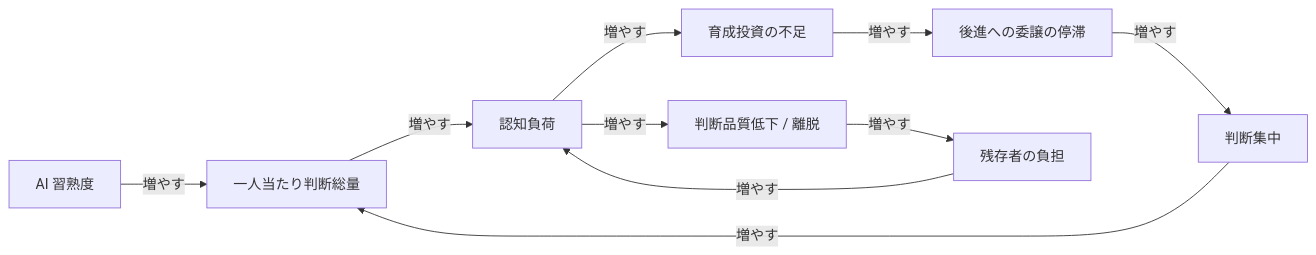
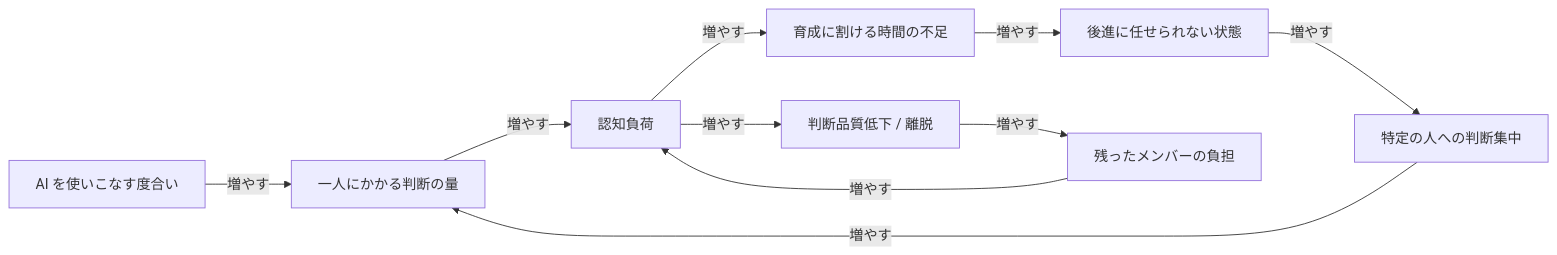
Before and after one commit to iwasa-kosui/monorepo: the eighth of 10 diagrams in apps/kosui-me/src/content/posts/2026-04-29-knowledge-entropy-and-normative-layer.mdx, drawn with Mermaid. The commit also changed other lines of this file, not shown here.

````diff
--- a/apps/kosui-me/src/content/posts/2026-04-29-knowledge-entropy-and-normative-layer.mdx
+++ b/apps/kosui-me/src/content/posts/2026-04-29-knowledge-entropy-and-normative-layer.mdx
@@ -193,21 +193,21 @@
 ```mermaid
 flowchart LR
-    A["AI 習熟度"]
-    B["一人当たり判断総量"]
+    A["AI を使いこなす度合い"]
+    B["一人にかかる判断の量"]
     C["認知負荷"]
-    D["育成投資の不足"]
-    E["後進への委譲の停滞"]
-    F["判断集中"]
+    D["育成に割ける時間の不足"]
+    E["後進に任せられない状態"]
+    F["特定の人への判断集中"]
     G["判断品質低下 / 離脱"]
-    H["残存者の負担"]
+    H["残ったメンバーの負担"]
 
     A -->|増やす| B
     B -->|増やす| C
     C -->|増やす| D
     D -->|増やす| E
     E -->|増やす| F
     F -->|増やす| B
     C -->|増やす| G
     G -->|増やす| H
     H -->|増やす| C
 ```
````
